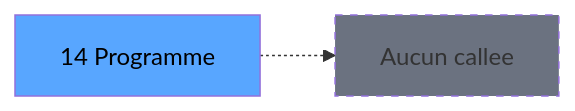
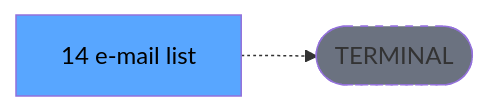
Before and after one commit to thonyAGP/lecteur-magic: the third of 3 diagrams in .openspec/renders/ADH-IDE-14.md, drawn with Mermaid. The commit also changed other lines of this file and 701 other files, not shown here.

````diff
--- a/.openspec/renders/ADH-IDE-14.md
+++ b/.openspec/renders/ADH-IDE-14.md
@@ -126,8 +134,8 @@
 ```mermaid
 graph LR
-    T[14 Programme]
-    NONE[Aucun callee]
-    T -.-> NONE
+    T[14 e-mail list]
+    TERM([TERMINAL])
+    T -.-> TERM
+    style TERM fill:#6b7280,stroke-dasharray: 5 5
     style T fill:#58a6ff,color:#000
-    style NONE fill:#6b7280,stroke-dasharray: 5 5
 ```
````
